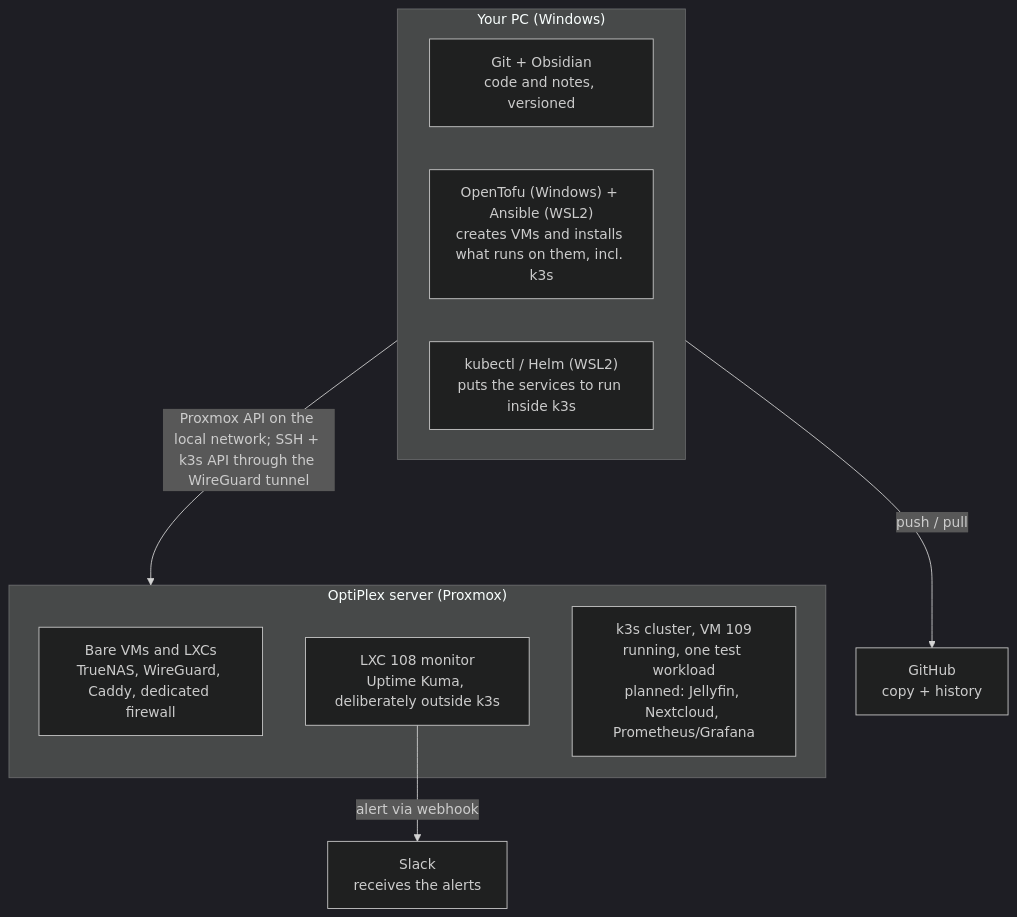
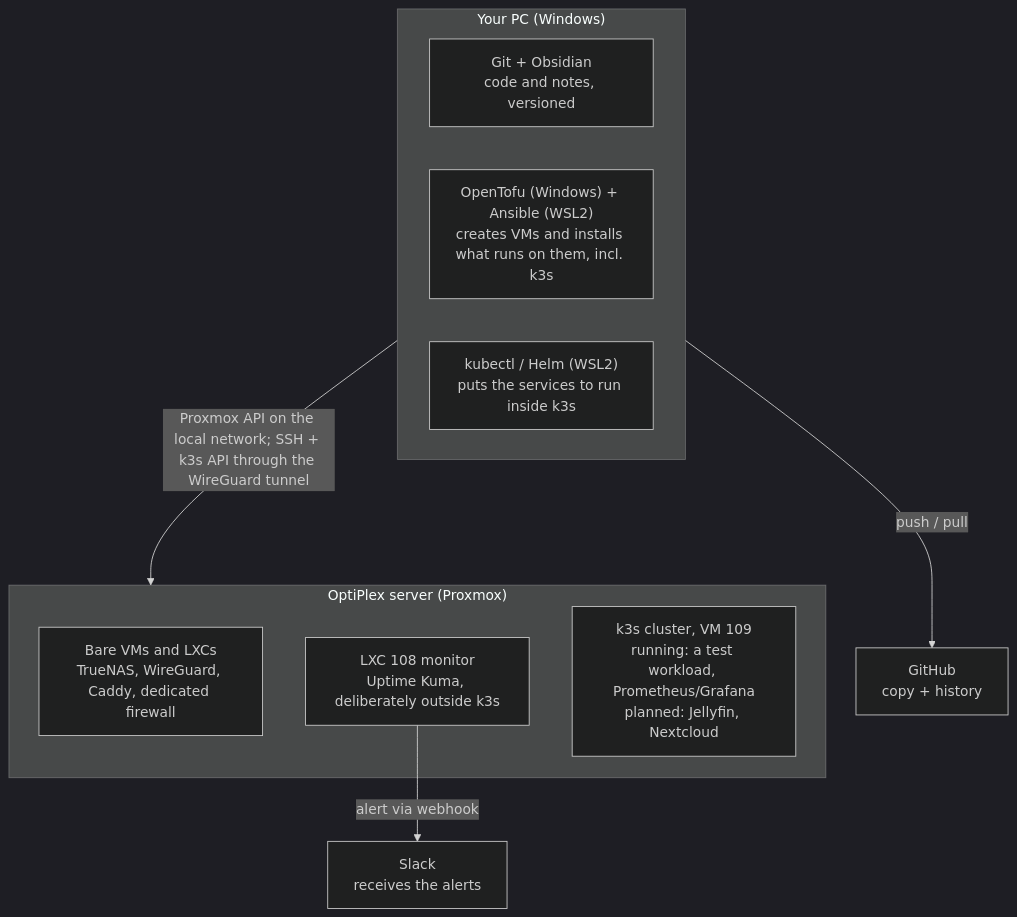
One commit to RuiGRMargarido/homelab changed the diagram in docs/WORKFLOW.md. Above: the diagram before and after it, drawn with Mermaid (dark theme). The commit also changed other lines of this file and 6 other files, not shown here.

First line of the commit message:
kube-prometheus-stack verificado no Grafana: item fechado e documentos em dia

````diff
--- a/docs/WORKFLOW.md
+++ b/docs/WORKFLOW.md
@@ -10,22 +10,22 @@
 ```mermaid
 graph TB
     GH[GitHub<br/>copy + history]
 
     subgraph PC["Your PC (Windows)"]
         GO["Git + Obsidian<br/>code and notes, versioned"]
         TA["OpenTofu (Windows) + Ansible (WSL2)<br/>creates VMs and installs what runs on them, incl. k3s"]
         KH["kubectl / Helm (WSL2)<br/>puts the services to run inside k3s"]
     end
 
     subgraph OP["OptiPlex server (Proxmox)"]
         PVM["Bare VMs and LXCs<br/>TrueNAS, WireGuard, Caddy, dedicated firewall"]
         UK["LXC 108 monitor<br/>Uptime Kuma, deliberately outside k3s"]
-        K3S["k3s cluster, VM 109<br/>running, one test workload<br/>planned: Jellyfin, Nextcloud, Prometheus/Grafana"]
+        K3S["k3s cluster, VM 109<br/>running: a test workload, Prometheus/Grafana<br/>planned: Jellyfin, Nextcloud"]
     end
 
     SL[Slack<br/>receives the alerts]
 
     PC -- "push / pull" --> GH
     PC -- "Proxmox API on the local network; SSH + k3s API through the WireGuard tunnel" --> OP
     UK -- "alert via webhook" --> SL
 ```
````
